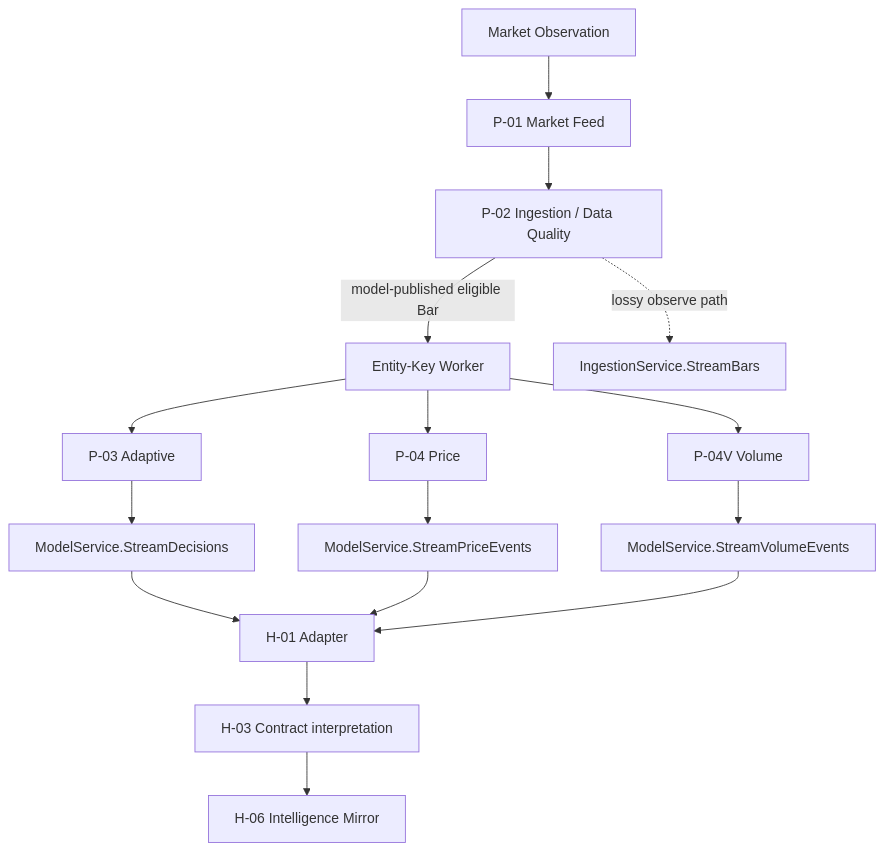
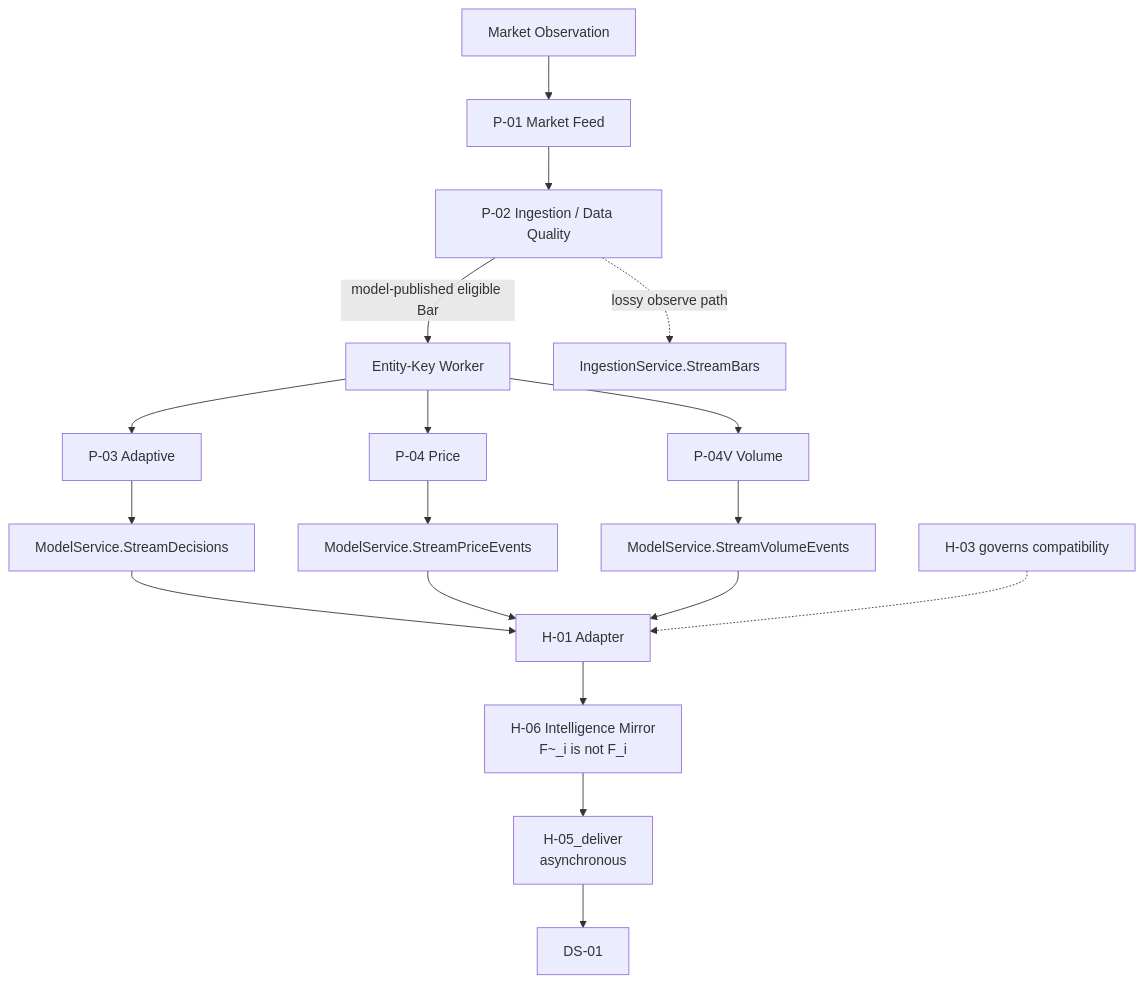
One commit to srao977/HACCAM changed the third of 8 diagrams in docs/design/HACCAM_PROCESS_MODEL_V0_1_090726.md. Above: the diagram before and after it, drawn with Mermaid. The commit also changed other lines of this file, not shown here.

````diff
--- a/docs/design/HACCAM_PROCESS_MODEL_V0_1_090726.md
+++ b/docs/design/HACCAM_PROCESS_MODEL_V0_1_090726.md
@@ -1205,18 +1596,20 @@
 ```mermaid
 flowchart TD
     OBS["Market Observation"] --> P01["P-01 Market Feed"]
     P01 --> P02["P-02 Ingestion / Data Quality"]
     P02 -->|"model-published eligible Bar"| W["Entity-Key Worker"]
     W --> P03["P-03 Adaptive"]
     W --> P04["P-04 Price"]
     W --> P04V["P-04V Volume"]
     P03 --> SD["ModelService.StreamDecisions"]
     P04 --> SP["ModelService.StreamPriceEvents"]
     P04V --> SV["ModelService.StreamVolumeEvents"]
     P02 -.->|"lossy observe path"| SB["IngestionService.StreamBars"]
     SD --> H01["H-01 Adapter"]
     SP --> H01
     SV --> H01
-    H01 --> H03["H-03 Contract interpretation"]
-    H03 --> H06["H-06 Intelligence Mirror"]
+    H03["H-03 governs compatibility"] -.-> H01
+    H01 --> H06["H-06 Intelligence Mirror<br/>F~_i is not F_i"]
+    H06 --> H05D["H-05_deliver<br/>asynchronous"]
+    H05D --> DS01["DS-01"]
 ```
````
